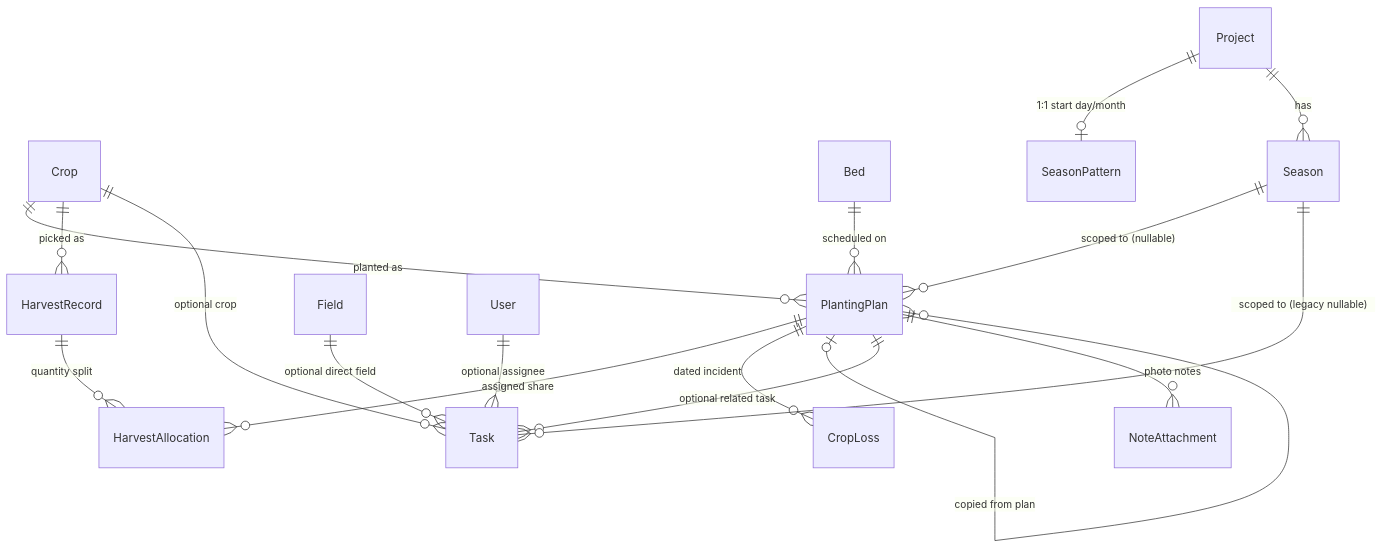
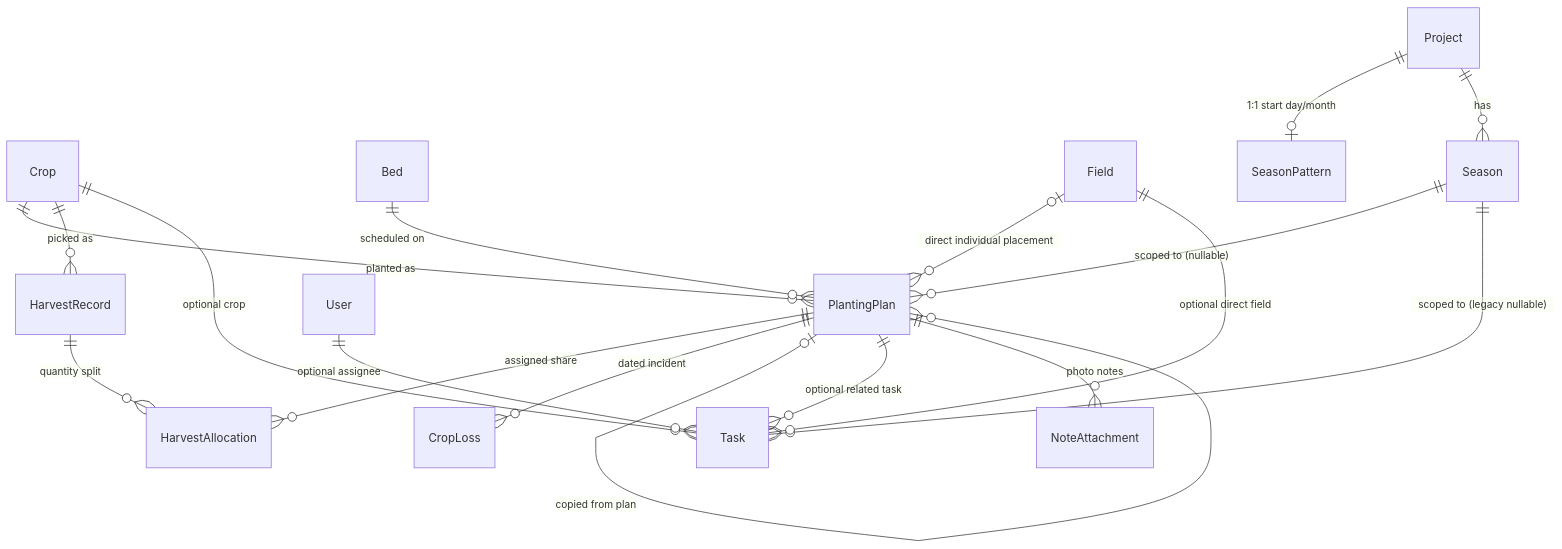
The fourth of 7 diagrams in docs/data-model.md (OpenFarmPlanner/planner), drawn with Mermaid before and after one commit. The commit also changed other lines of this file and 101 other files, not shown here.

````diff
--- a/docs/data-model.md
+++ b/docs/data-model.md
@@ -311,19 +311,20 @@
 ```mermaid
 erDiagram
     Crop ||--o{ PlantingPlan : "planted as"
     Crop ||--o{ HarvestRecord : "picked as"
     HarvestRecord ||--o{ HarvestAllocation : "quantity split"
     PlantingPlan ||--o{ HarvestAllocation : "assigned share"
     PlantingPlan ||--o{ CropLoss : "dated incident"
     Bed ||--o{ PlantingPlan : "scheduled on"
+    Field |o--o{ PlantingPlan : "direct individual placement"
     Season ||--o{ PlantingPlan : "scoped to (nullable)"
     PlantingPlan |o--o{ PlantingPlan : "copied from plan"
     Project ||--o| SeasonPattern : "1:1 start day/month"
     Project ||--o{ Season : has
     PlantingPlan ||--o{ Task : "optional related task"
     Season ||--o{ Task : "scoped to (legacy nullable)"
     Crop ||--o{ Task : "optional crop"
     Field ||--o{ Task : "optional direct field"
     User ||--o{ Task : "optional assignee"
     PlantingPlan ||--o{ NoteAttachment : "photo notes"
 ```
````
